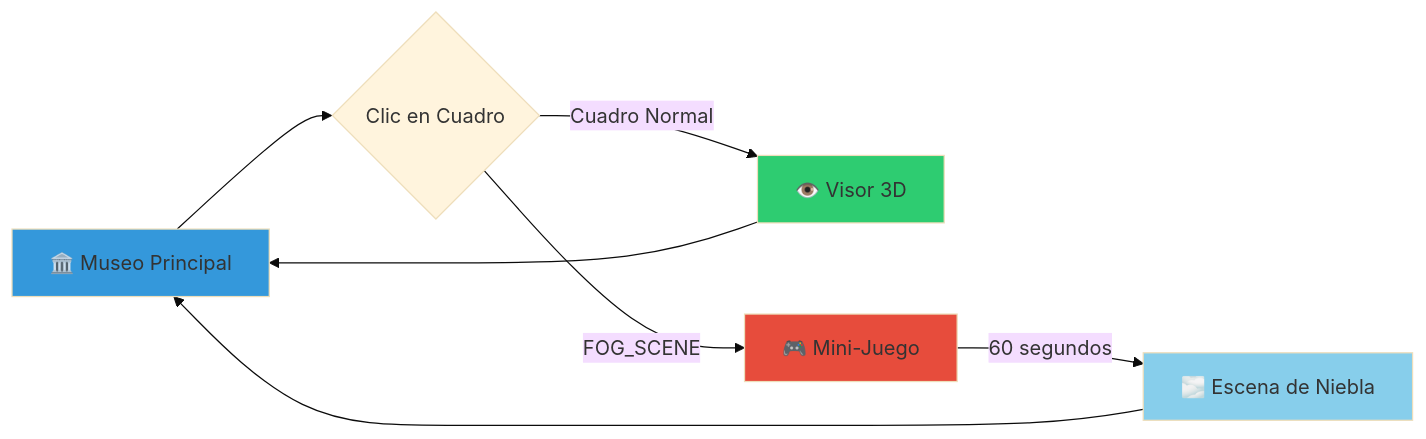
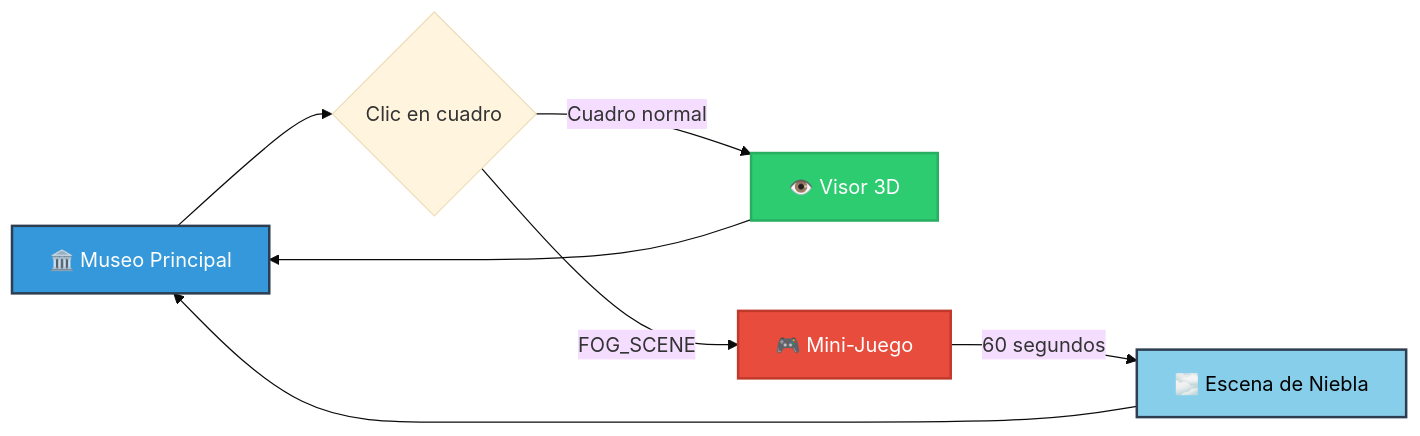
The first of 4 diagrams in README.md (aleglope/RuralHackerMuseum), drawn with Mermaid (base theme) before and after one commit. The commit also changed other lines of this file, not shown here.

First line of the commit message:
docs: rediseñar README con logos, badges y diagramas visuales

````diff
--- a/README.md
+++ b/README.md
@@ -25,14 +107,14 @@
 ```mermaid
 graph LR
-    A[🏛️ Museo Principal] --> B{Clic en Cuadro}
-    B -->|Cuadro Normal| C[👁️ Visor 3D]
+    A[🏛️ Museo Principal] --> B{Clic en cuadro}
+    B -->|Cuadro normal| C[👁️ Visor 3D]
     B -->|FOG_SCENE| D[🎮 Mini-Juego]
     D -->|60 segundos| E[🌫️ Escena de Niebla]
     C --> A
     E --> A
 
-    style A fill:#3498db
-    style D fill:#e74c3c
-    style E fill:#87ceeb
-    style C fill:#2ecc71
+    style A fill:#3498db,color:#fff,stroke:#2c3e50,stroke-width:2px
+    style D fill:#e74c3c,color:#fff,stroke:#c0392b,stroke-width:2px
+    style E fill:#87ceeb,color:#000,stroke:#2c3e50,stroke-width:2px
+    style C fill:#2ecc71,color:#fff,stroke:#27ae60,stroke-width:2px
 ```
````
